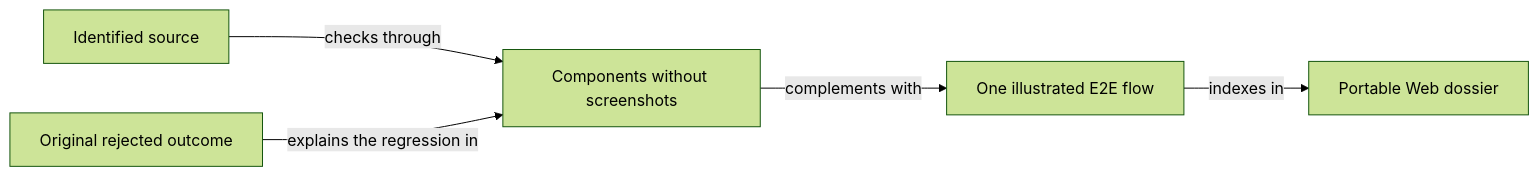
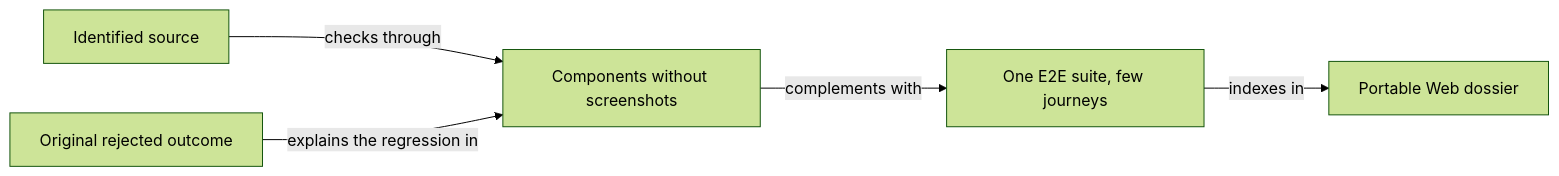
One commit to crististefanita/whist changed the diagram in release/WEB/README.md. Above: the diagram before and after it, drawn with Mermaid (forest theme). The commit also changed other lines of this file and 6 other files, not shown here.

````diff
--- a/release/WEB/README.md
+++ b/release/WEB/README.md
@@ -11,7 +11,7 @@
 ```mermaid
 flowchart LR
     SOURCE["Identified source"] -->|checks through| COMPONENT["Components without screenshots"]
-    COMPONENT -->|complements with| FLOW["One illustrated E2E flow"]
+    COMPONENT -->|complements with| FLOW["One E2E suite, few journeys"]
     FLOW -->|indexes in| DOSSIER["Portable Web dossier"]
     REJECTED["Original rejected outcome"] -->|explains the regression in| COMPONENT
 ```
````
